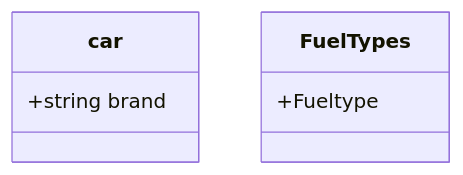
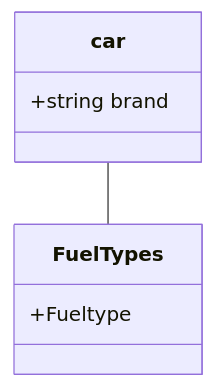
One commit to Hizrapi/Studie-Opgaver changed the diagram in Car app 2.0/Car app 2.0/DCD.mmd. Above: the diagram before and after it, drawn with Mermaid. The commit also changed other lines of this file and 87 other files, not shown here.

```diff
--- a/Car app 2.0/Car app 2.0/DCD.mmd
+++ b/Car app 2.0/Car app 2.0/DCD.mmd
@@ -1,8 +1,9 @@
 classDiagram
 class car{
 	+string brand
 }
+car -- FuelTypes
 
 class FuelTypes{
 	+Fueltype
 }
```
